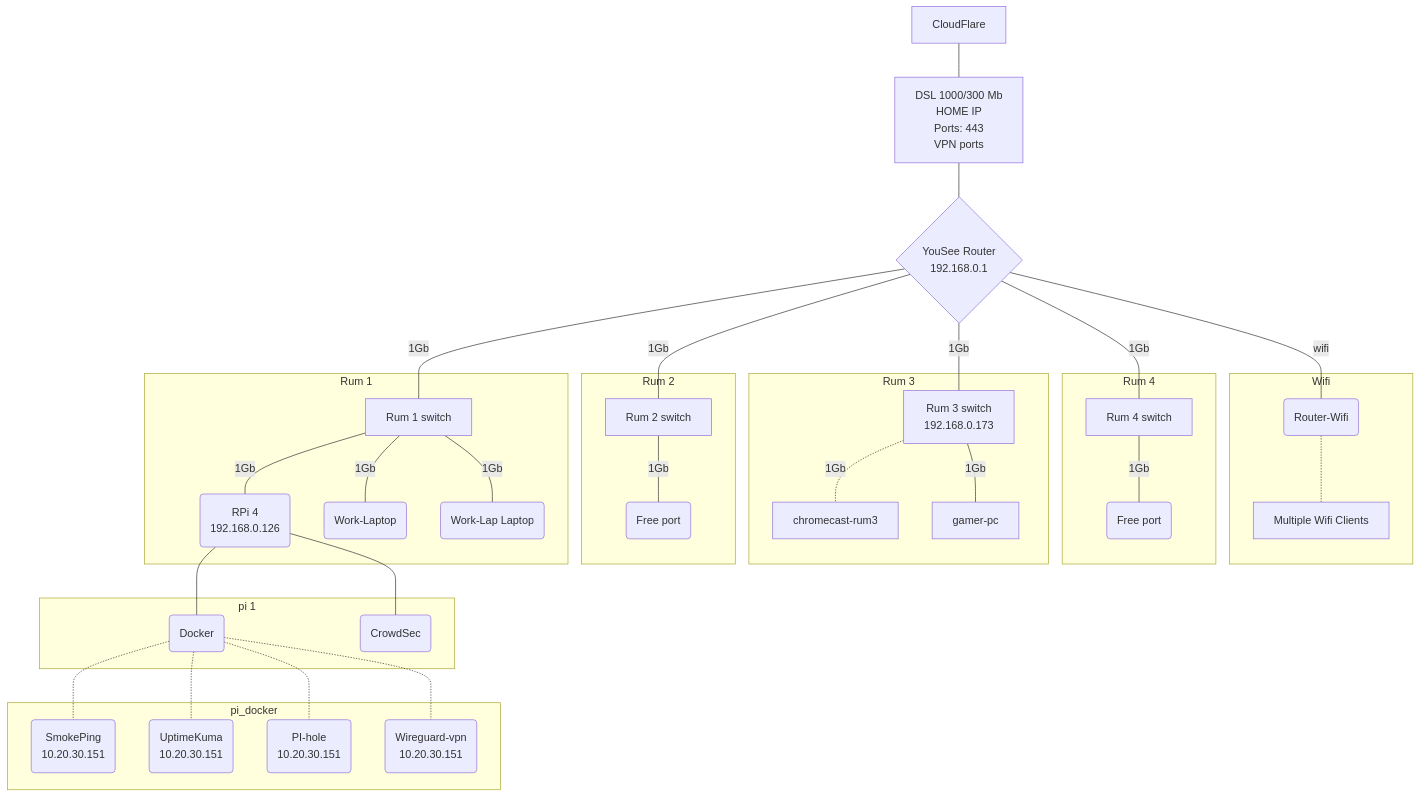
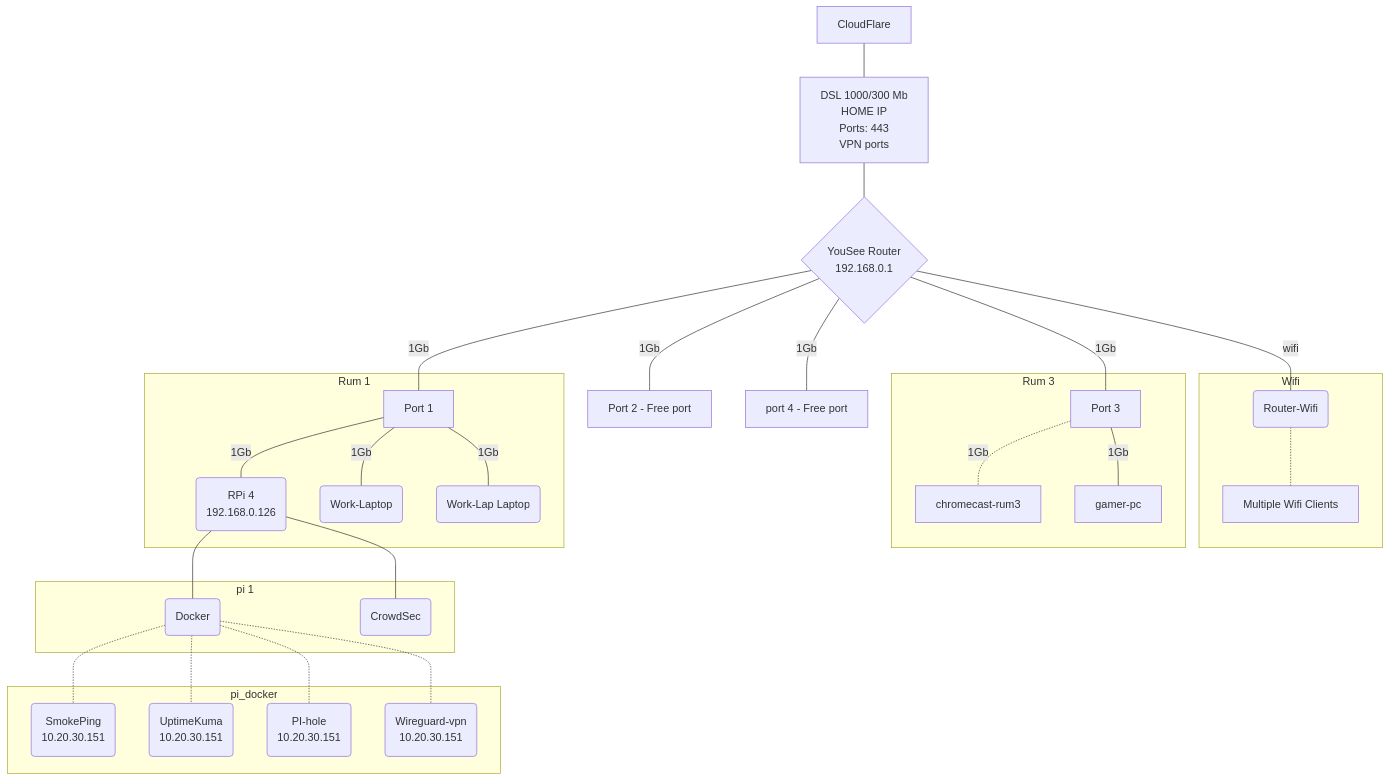
The diagram in Docs/Index.md (alf149/ansible), drawn with Mermaid before and after one commit.

````diff
--- a/Docs/Index.md
+++ b/Docs/Index.md
@@ -21,47 +21,39 @@
 ```mermaid
 graph TD
  linkStyle default interpolate basis
  cloudflare[<center>CloudFlare</center>]---wan
  wan[<center>DSL 1000/300 Mb<br>HOME IP<br>Ports: 443<br>VPN ports</center>]---router{<center>YouSee Router<br>192.168.0.1</center>}
- router---|1Gb|rum_1[<center>Rum 1 switch</center>]
- router---|1Gb|rum_2[<center>Rum 2 switch</center>]
- router---|1Gb|rum_3[<center>Rum 3 switch<br>192.168.0.173</center>]
- router---|1Gb|rum_4[<center>Rum 4 switch</center>]
+ router---|1Gb|rum_1[<center>Port 1</center>]
+ router---|1Gb|rum_2[<center>Port 2 - Free port</center>]
+ router---|1Gb|rum_3[<center>Port 3</center>]
+ router---|1Gb|rum_4[<center>port 4 - Free port</center>]
  router---|wifi|ac_wifi(<center>Router-Wifi</center>)
 
     subgraph Wifi
     ac_wifi-.-Multiple[<center>Multiple Wifi Clients</center>]
     end
 
-    subgraph Rum 4
-    rum_4---|1Gb|free_2(<center>Free port</center>)
-    end
-
     subgraph Rum 3
     rum_3-.-|1Gb|chromecast-rum3
     rum_3---|1Gb|gamer-pc
-    end
-
-    subgraph Rum 2
-    rum_2---|1Gb|free_1(<center>Free port</center>)
     end
 
     subgraph Rum 1
     rum_1---|1Gb|pi(<center>RPi 4<br>192.168.0.126</center>)
     rum_1---|1Gb|work(<center>Work-Laptop</center>)
     rum_1---|1Gb|work-lab(<center>Work-Lap Laptop</center>)
     end
 
         subgraph pi 1
         pi---docker(<center>Docker</center>)
         pi---crowdsec(<center>CrowdSec</center>)
         end
 
         subgraph pi_docker
         docker-.-smokeping(<center>SmokePing<br>10.20.30.151</center>)
         docker-.-uptimeKuma(<center>UptimeKuma<br>10.20.30.151</center>)
         docker-.-pihole(<center>PI-hole<br>10.20.30.151</center>)
         docker-.-wireguardvpn(<center>Wireguard-vpn<br>10.20.30.151</center>)
         end
 
 ```
````
